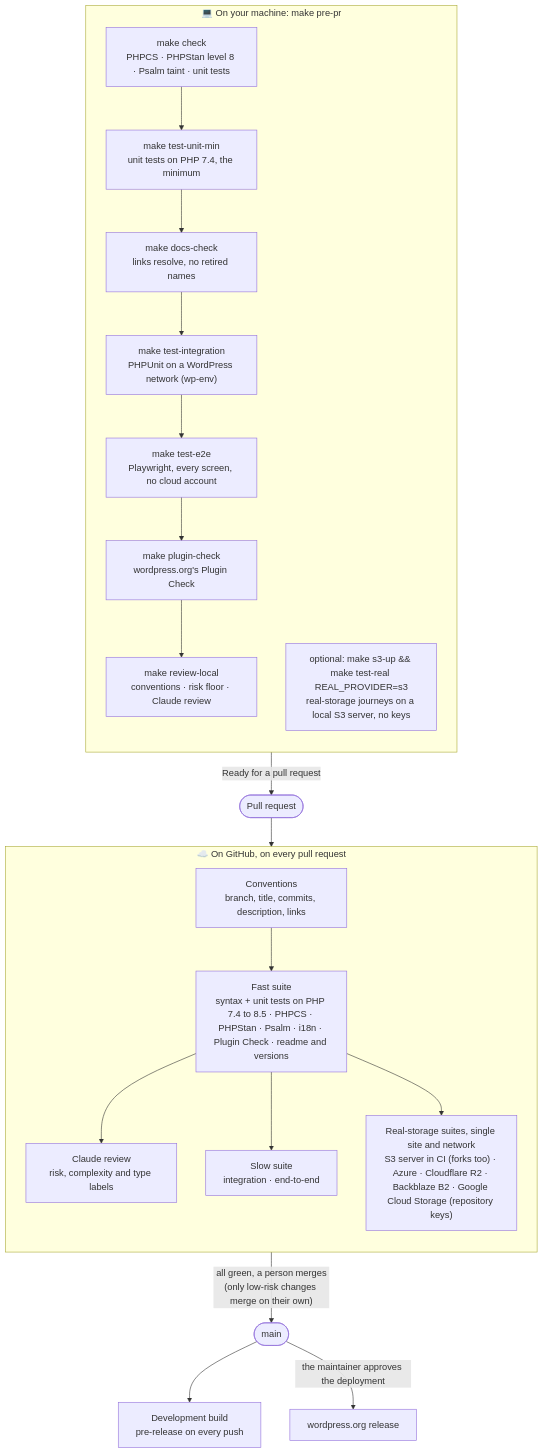
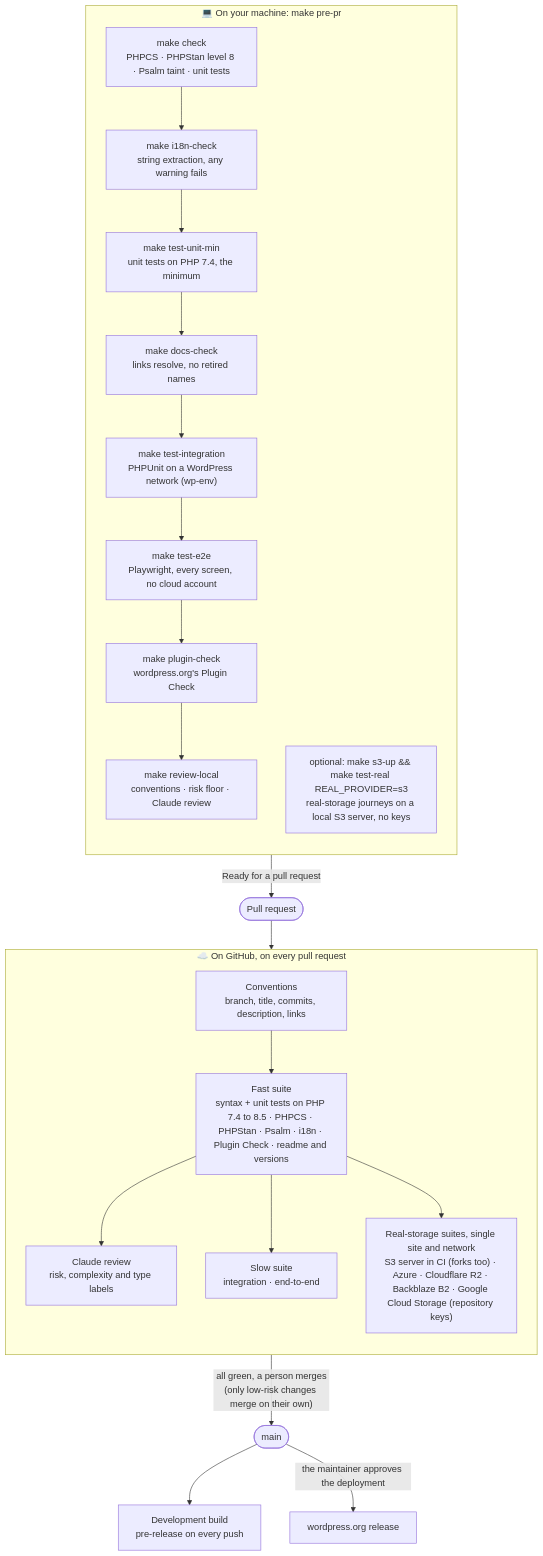
The diagram in README.md (DiluxOne/diluxone-offload-wordpress), drawn with Mermaid before and after one commit. The commit also changed other lines of this file and 11 other files, not shown here.

First line of the commit message:
fix(uninstall): cancel unfinished multipart uploads, and make pre-pr fails on i18n warnings (#43)

````diff
--- a/README.md
+++ b/README.md
@@ -95,34 +95,35 @@
 ```mermaid
 flowchart TB
     subgraph LOCAL["💻 On your machine: make pre-pr"]
         direction TB
         L1["make check<br/>PHPCS · PHPStan level 8 · Psalm taint · unit tests"]
+        L1b["make i18n-check<br/>string extraction, any warning fails"]
         L2["make test-unit-min<br/>unit tests on PHP 7.4, the minimum"]
         L3["make docs-check<br/>links resolve, no retired names"]
         L4["make test-integration<br/>PHPUnit on a WordPress network (wp-env)"]
         L5["make test-e2e<br/>Playwright, every screen, no cloud account"]
         L6["make plugin-check<br/>wordpress.org's Plugin Check"]
         L7["make review-local<br/>conventions · risk floor · Claude review"]
-        L1 --> L2 --> L3 --> L4 --> L5 --> L6 --> L7
+        L1 --> L1b --> L2 --> L3 --> L4 --> L5 --> L6 --> L7
         L8["optional: make s3-up && make test-real REAL_PROVIDER=s3<br/>real-storage journeys on a local S3 server, no keys"]
     end
 
     L7 -->|"Ready for a pull request"| PR(["Pull request"])
 
     subgraph CI["☁️ On GitHub, on every pull request"]
         direction TB
         C1["Conventions<br/>branch, title, commits, description, links"]
         C2["Fast suite<br/>syntax + unit tests on PHP 7.4 to 8.5 · PHPCS · PHPStan · Psalm · i18n · Plugin Check · readme and versions"]
         C3["Claude review<br/>risk, complexity and type labels"]
         C4["Slow suite<br/>integration · end-to-end"]
         C5["Real-storage suites, single site and network<br/>S3 server in CI (forks too) · Azure · Cloudflare R2 · Backblaze B2 · Google Cloud Storage (repository keys)"]
         C1 --> C2 --> C3
         C2 --> C4
         C2 --> C5
     end
 
     PR --> CI
     CI -->|"all green, a person merges<br/>(only low-risk changes merge on their own)"| MAIN(["main"])
     MAIN --> DEV["Development build<br/>pre-release on every push"]
     MAIN -->|"the maintainer approves the deployment"| WPORG["wordpress.org release"]
 ```
````
